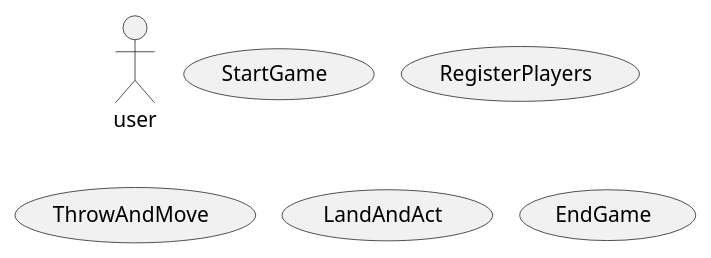
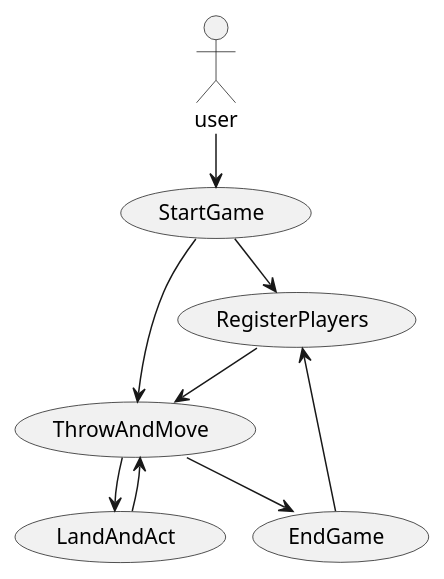
The diagram in doc/dynamic/use-cases.puml (Dat1Cphbusiness/MonopolyE26), drawn with PlantUML before and after one commit.

Commit message:
use case

```diff
--- a/doc/dynamic/use-cases.puml
+++ b/doc/dynamic/use-cases.puml
@@ -1,15 +1,21 @@
 @startuml
 !pragma layout smetana
 
   actor user as u
-
 
   usecase "StartGame" as UC1
   usecase "RegisterPlayers" as UC2
   usecase "ThrowAndMove" as UC3
   usecase "LandAndAct" as UC4
   usecase "EndGame" as UC5
 
-
+u --> UC1
+UC1 --> UC2
+UC1 --> UC3
+UC2 --> UC3
+UC3 --> UC4
+UC3 --> UC5
+UC4 --> UC3
+UC5 --> UC2
 
 @enduml
```
